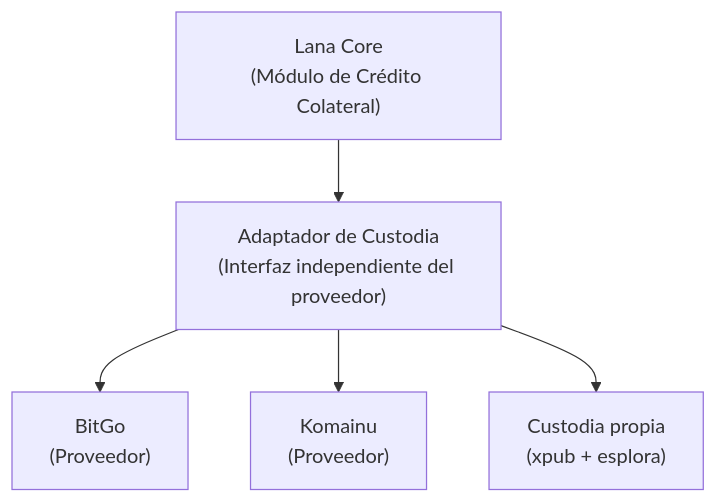
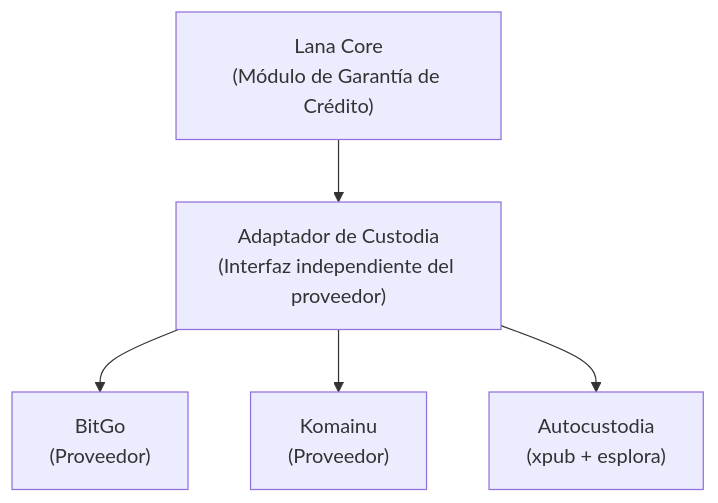
The second of 2 diagrams in docs-site/i18n/es/docusaurus-plugin-content-docs/current/for-internal-developers/custody-portfolio.md (GaloyMoney/lana-bank), drawn with Mermaid before and after one commit. The commit also changed other lines of this file and 4 other files, not shown here.

````diff
--- a/docs-site/i18n/es/docusaurus-plugin-content-docs/current/for-internal-developers/custody-portfolio.md
+++ b/docs-site/i18n/es/docusaurus-plugin-content-docs/current/for-internal-developers/custody-portfolio.md
@@ -74,7 +74,7 @@
 ```mermaid
 graph TD
-    CORE["Lana Core<br/>(Módulo de Crédito Colateral)"] --> ADAPTER["Adaptador de Custodia<br/>(Interfaz independiente del proveedor)"]
+    CORE["Lana Core<br/>(Módulo de Garantía de Crédito)"] --> ADAPTER["Adaptador de Custodia<br/>(Interfaz independiente del proveedor)"]
     ADAPTER --> BITGO["BitGo<br/>(Proveedor)"]
     ADAPTER --> KOMAINU["Komainu<br/>(Proveedor)"]
-    ADAPTER --> SELF["Custodia propia<br/>(xpub + esplora)"]
+    ADAPTER --> SELF["Autocustodia<br/>(xpub + esplora)"]
 ```
````
